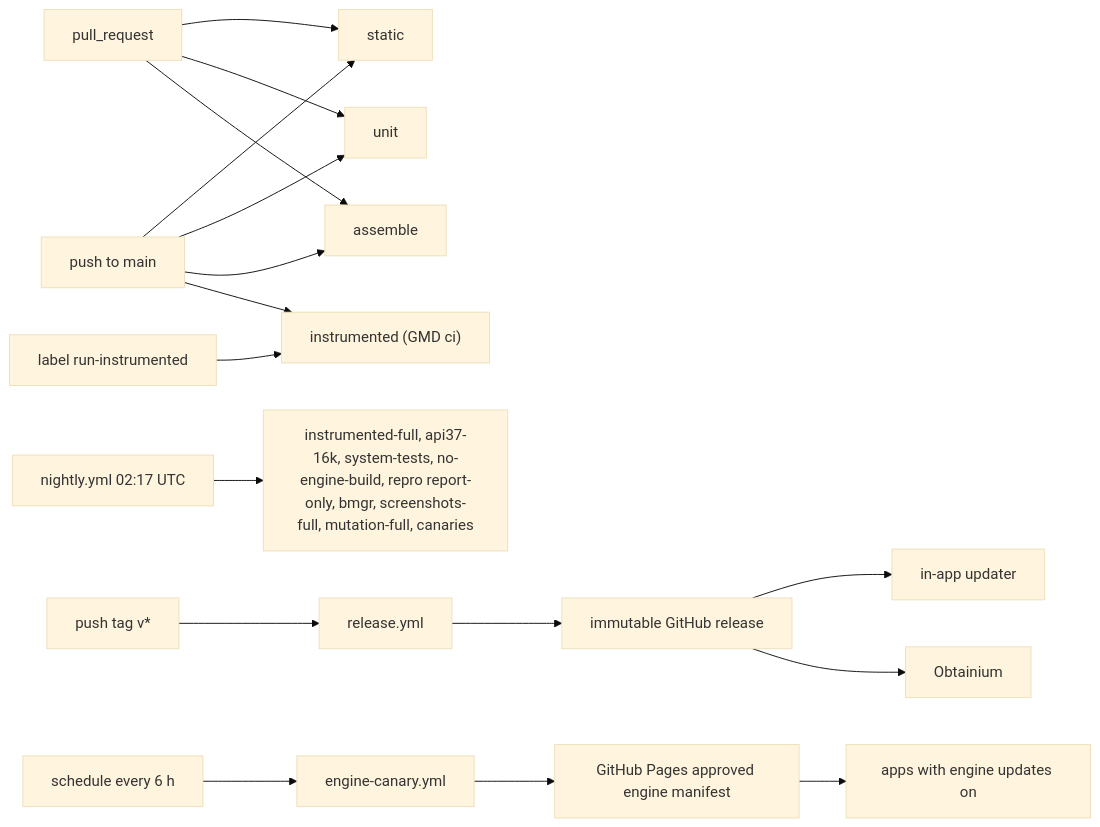
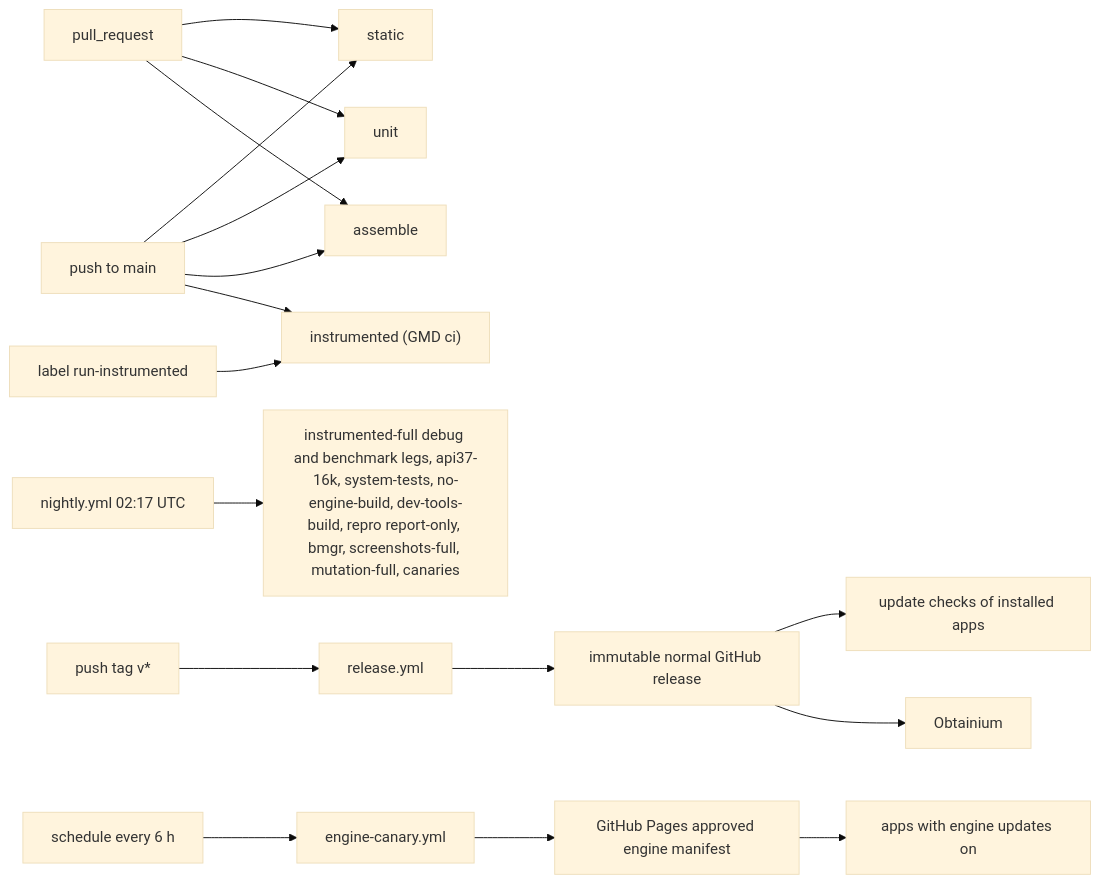
Before and after one commit to BigBoyDevBox/Neutrodyne: the first of 5 diagrams in docs/design/09-quality-and-release.md, drawn with Mermaid (base theme). The commit also changed other lines of this file and 11 other files, not shown here.

First line of the commit message:
Revise plan for PO-31..35: notify-only updates, debug builds only

````diff
--- a/docs/design/09-quality-and-release.md
+++ b/docs/design/09-quality-and-release.md
@@ -456,19 +459,19 @@
 ```mermaid
 flowchart LR
   pr["pull_request"] --> st["static"]
   pr --> un["unit"]
   pr --> asm["assemble"]
   lab["label run-instrumented"] --> ins["instrumented (GMD ci)"]
   main["push to main"] --> st
   main --> un
   main --> asm
   main --> ins
-  cron["nightly.yml 02:17 UTC"] --> nj["instrumented-full, api37-16k, system-tests, no-engine-build, repro report-only, bmgr, screenshots-full, mutation-full, canaries"]
+  cron["nightly.yml 02:17 UTC"] --> nj["instrumented-full debug and benchmark legs, api37-16k, system-tests, no-engine-build, dev-tools-build, repro report-only, bmgr, screenshots-full, mutation-full, canaries"]
   tag["push tag v*"] --> rel["release.yml"]
-  rel --> ghr["immutable GitHub release"]
-  ghr --> upd["in-app updater"]
+  rel --> ghr["immutable normal GitHub release"]
+  ghr --> upd["update checks of installed apps"]
   ghr --> obt["Obtainium"]
   six["schedule every 6 h"] --> can["engine-canary.yml"]
   can --> pages["GitHub Pages approved engine manifest"]
   pages --> eng["apps with engine updates on"]
 ```
````
